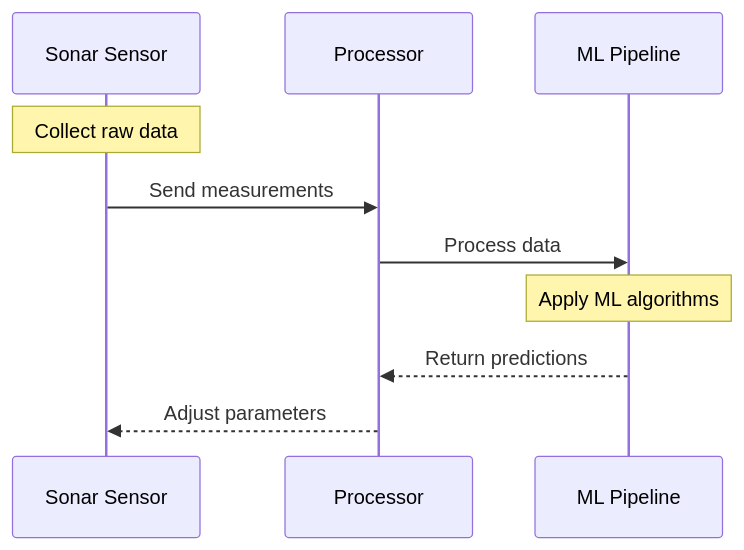
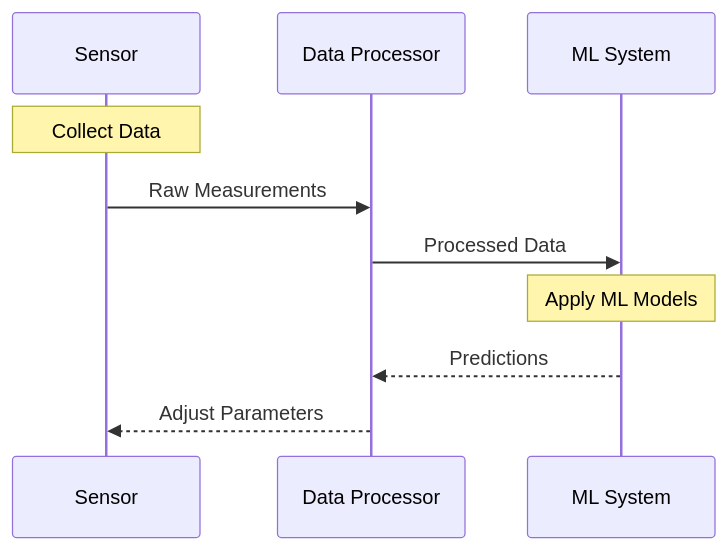
One commit to khairul-me/Enhanced-Sonar-Sensor-Accuracy-using-Machine-Learning changed the first of 8 diagrams in README.md. Above: the diagram before and after it, drawn with Mermaid. The commit also changed other lines of this file, not shown here.

````diff
--- a/README.md
+++ b/README.md
@@ -23,13 +27,13 @@
 ```mermaid
 sequenceDiagram
-    participant S as Sonar Sensor
-    participant P as Processor
-    participant ML as ML Pipeline
+    participant S as Sensor
+    participant D as Data Processor
+    participant ML as ML System
     
-    Note over S: Collect raw data
-    S ->> P: Send measurements
-    P ->> ML: Process data
-    Note over ML: Apply ML algorithms
-    ML -->> P: Return predictions
-    P -->> S: Adjust parameters
+    Note over S: Collect Data
+    S ->> D: Raw Measurements
+    D ->> ML: Processed Data
+    Note over ML: Apply ML Models
+    ML -->> D: Predictions
+    D -->> S: Adjust Parameters
 ```
````
